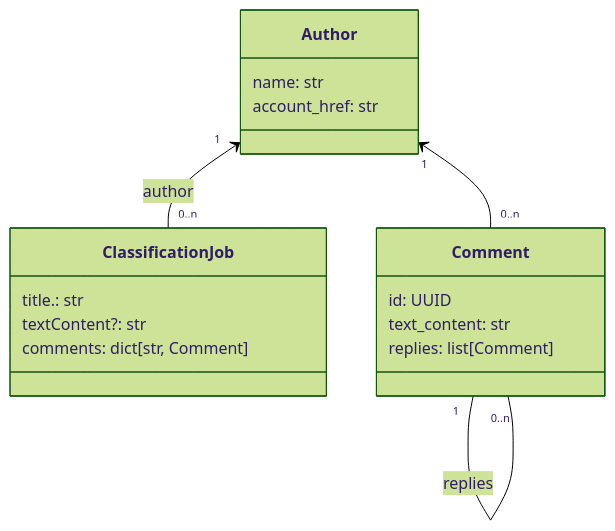
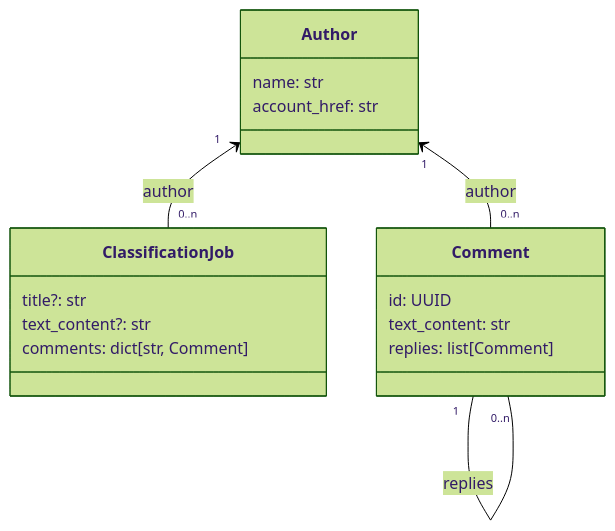
One commit to dataforgoodfr/14_BalanceTesHaters changed the first of 2 diagrams in docs/backend/api.md. Above: the diagram before and after it, drawn with Mermaid (forest theme). The commit also changed other lines of this file, not shown here.

Commit message:
Corrections suite retour @sarod

````diff
--- a/docs/backend/api.md
+++ b/docs/backend/api.md
@@ -6,22 +6,22 @@
 ```mermaid
 classDiagram
     class Author {
         name: str
         account_href: str
     }
 
     class ClassificationJob {
-        title.: str
-        textContent?: str
+        title?: str
+        text_content?: str
         comments: dict[str, Comment]
     }
     Author "1" <-- "0..n" ClassificationJob : author
 
     class Comment {
         id: UUID
         text_content: str
         replies: list[Comment]
     }
-    Author "1" <-- "0..n" Comment
+    Author "1" <-- "0..n" Comment : author
     Comment "1" -- "0..n" Comment : replies
 ```
````
